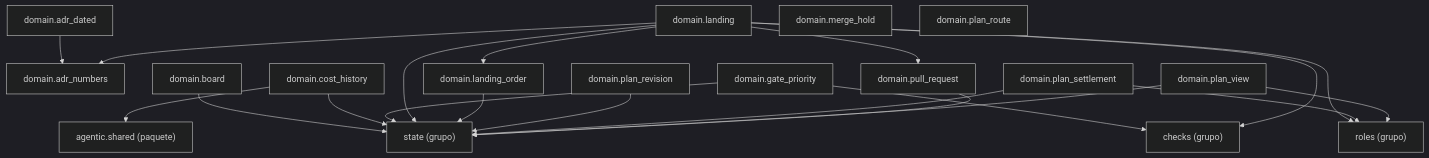
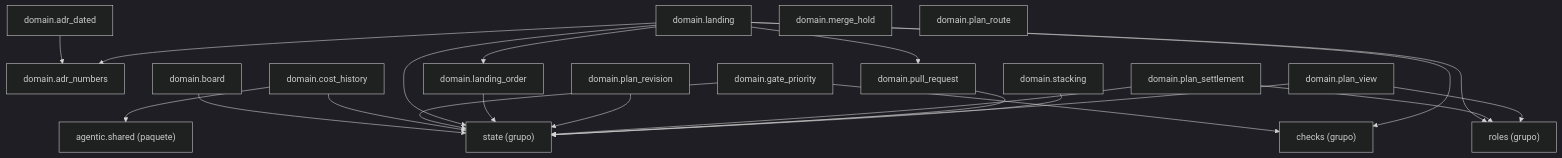
One commit to GonzaloZevallos/agentic-system changed the diagram in docs/architecture/generated/packages-process-domain-landing.md. Above: the diagram before and after it, drawn with Mermaid (dark theme). The commit also changed 6 other files, not shown here.

Commit message:
Register domain.stacking in the docs clusters and regenerate the pages

````diff
--- a/docs/architecture/generated/packages-process-domain-landing.md
+++ b/docs/architecture/generated/packages-process-domain-landing.md
@@ -12,39 +12,41 @@
 ```mermaid
 graph TD
     g_domain__checks["checks (grupo)"]
     g_domain__roles["roles (grupo)"]
     g_domain__state["state (grupo)"]
     g_pkg__agentic__shared["agentic.shared (paquete)"]
     m_domain__adr_dated["domain.adr_dated"]
     m_domain__adr_numbers["domain.adr_numbers"]
     m_domain__board["domain.board"]
     m_domain__cost_history["domain.cost_history"]
     m_domain__gate_priority["domain.gate_priority"]
     m_domain__landing["domain.landing"]
     m_domain__landing_order["domain.landing_order"]
     m_domain__merge_hold["domain.merge_hold"]
     m_domain__plan_revision["domain.plan_revision"]
     m_domain__plan_route["domain.plan_route"]
     m_domain__plan_settlement["domain.plan_settlement"]
     m_domain__plan_view["domain.plan_view"]
     m_domain__pull_request["domain.pull_request"]
+    m_domain__stacking["domain.stacking"]
     m_domain__adr_dated --> m_domain__adr_numbers
     m_domain__board --> g_domain__state
     m_domain__cost_history --> g_domain__state
     m_domain__cost_history --> g_pkg__agentic__shared
     m_domain__gate_priority --> g_domain__checks
     m_domain__gate_priority --> g_domain__state
     m_domain__landing --> g_domain__checks
     m_domain__landing --> g_domain__roles
     m_domain__landing --> g_domain__state
     m_domain__landing --> m_domain__adr_numbers
     m_domain__landing --> m_domain__landing_order
     m_domain__landing --> m_domain__pull_request
     m_domain__landing_order --> g_domain__state
     m_domain__plan_revision --> g_domain__state
     m_domain__plan_settlement --> g_domain__roles
     m_domain__plan_settlement --> g_domain__state
     m_domain__plan_view --> g_domain__roles
     m_domain__plan_view --> g_domain__state
     m_domain__pull_request --> g_domain__state
+    m_domain__stacking --> g_domain__state
 ```
````
